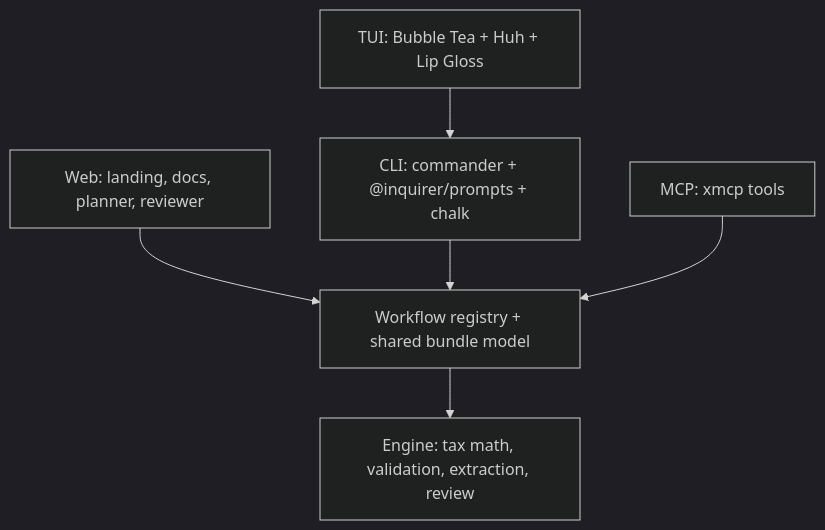
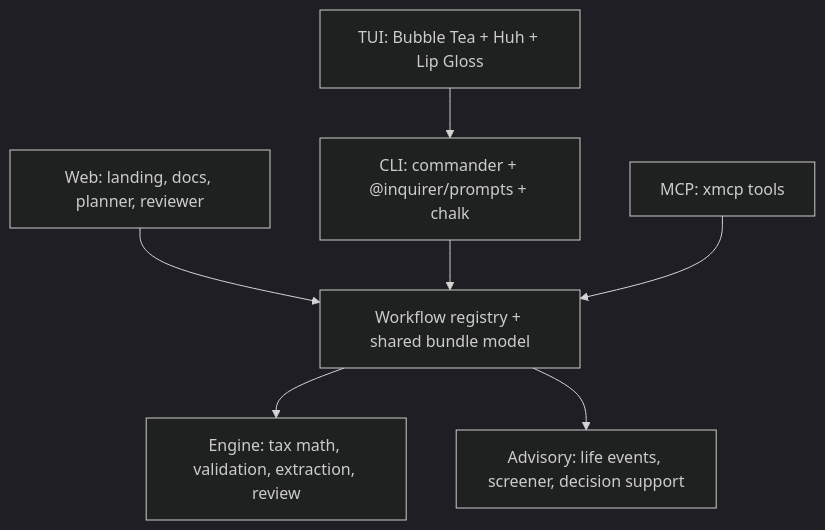
The diagram in README.md (CMLKevin/pigeongov), drawn with Mermaid (dark theme) before and after one commit. The commit also changed other lines of this file and 4 other files, not shown here.

````diff
--- a/README.md
+++ b/README.md
@@ -125,15 +191,17 @@
 ```mermaid
 flowchart TB
   WEB["Web: landing, docs, planner, reviewer"]
   CLI["CLI: commander + @inquirer/prompts + chalk"]
   TUI["TUI: Bubble Tea + Huh + Lip Gloss"]
   MCP["MCP: xmcp tools"]
   WORKFLOWS["Workflow registry + shared bundle model"]
   ENGINE["Engine: tax math, validation, extraction, review"]
+  ADVISORY["Advisory: life events, screener, decision support"]
 
   WEB --> WORKFLOWS
   CLI --> WORKFLOWS
   TUI --> CLI
   MCP --> WORKFLOWS
   WORKFLOWS --> ENGINE
+  WORKFLOWS --> ADVISORY
 ```
````
